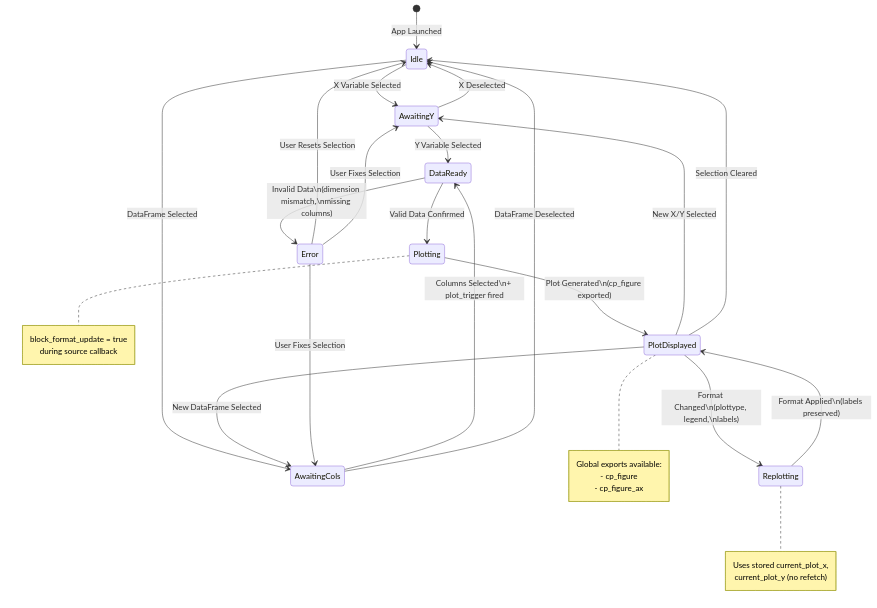
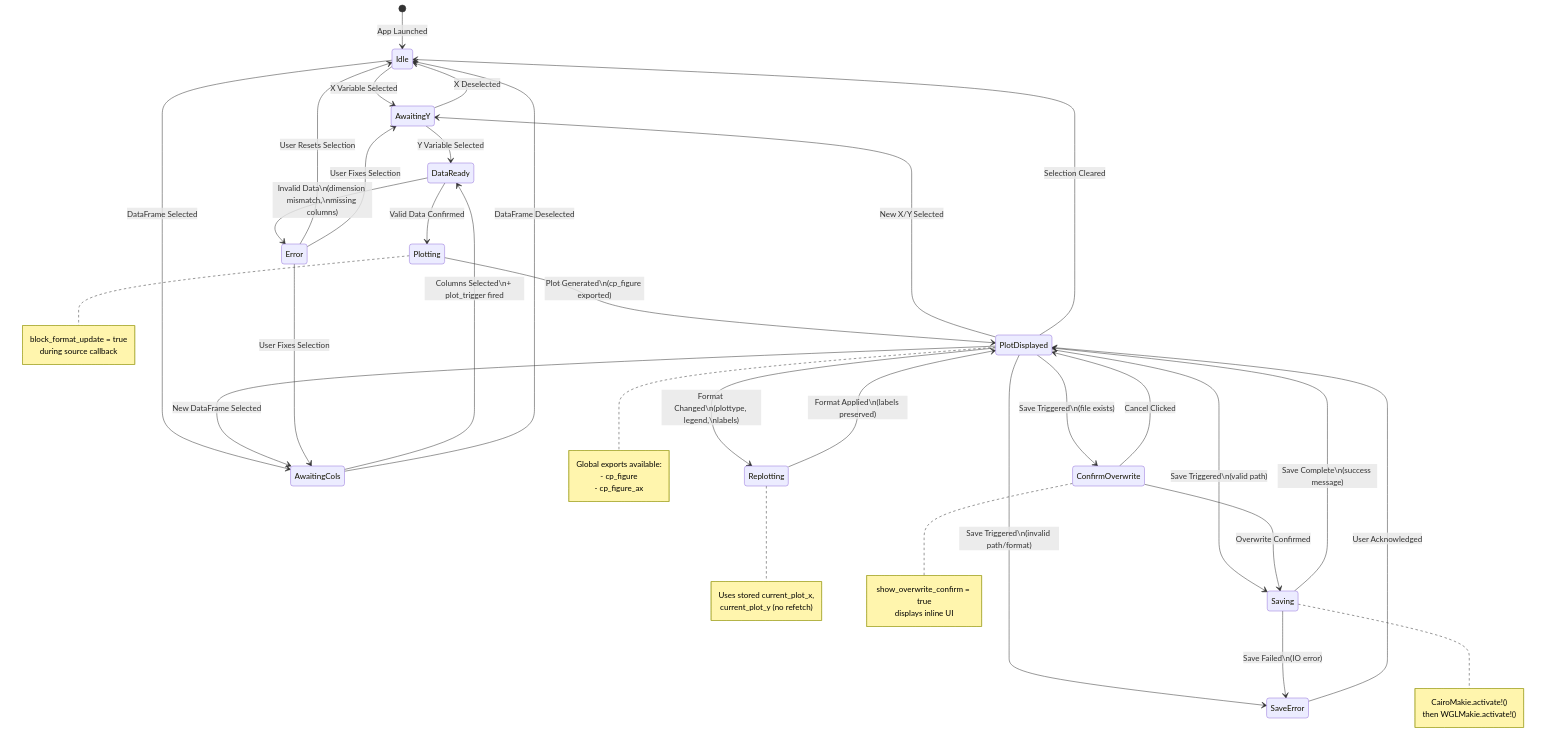
The diagram in AGENTS_more_info/Mermaid/state_transition_map.md (Eben60/CasualPlots.jl), drawn with Mermaid before and after one commit. The commit also changed 6 other files, not shown here.

````diff
--- a/AGENTS_more_info/Mermaid/state_transition_map.md
+++ b/AGENTS_more_info/Mermaid/state_transition_map.md
@@ -5,46 +5,69 @@
 ```mermaid
 stateDiagram-v2
     [*] --> Idle: App Launched
     
     Idle --> AwaitingY: X Variable Selected
     Idle --> AwaitingCols: DataFrame Selected
     
     AwaitingY --> DataReady: Y Variable Selected
     AwaitingY --> Idle: X Deselected
     
     AwaitingCols --> DataReady: Columns Selected\n+ plot_trigger fired
     AwaitingCols --> Idle: DataFrame Deselected
     
     DataReady --> Plotting: Valid Data Confirmed
     DataReady --> Error: Invalid Data\n(dimension mismatch,\nmissing columns)
     
     Plotting --> PlotDisplayed: Plot Generated\n(cp_figure exported)
     
     PlotDisplayed --> Replotting: Format Changed\n(plottype, legend,\nlabels)
     
     Replotting --> PlotDisplayed: Format Applied\n(labels preserved)
     
     PlotDisplayed --> AwaitingY: New X/Y Selected
     PlotDisplayed --> AwaitingCols: New DataFrame Selected
     PlotDisplayed --> Idle: Selection Cleared
     
+    %% Save Flow
+    PlotDisplayed --> Saving: Save Triggered\n(valid path)
+    PlotDisplayed --> SaveError: Save Triggered\n(invalid path/format)
+    PlotDisplayed --> ConfirmOverwrite: Save Triggered\n(file exists)
+    
+    ConfirmOverwrite --> Saving: Overwrite Confirmed
+    ConfirmOverwrite --> PlotDisplayed: Cancel Clicked
+    
+    Saving --> PlotDisplayed: Save Complete\n(success message)
+    Saving --> SaveError: Save Failed\n(IO error)
+    
+    SaveError --> PlotDisplayed: User Acknowledged
+    
     Error --> Idle: User Resets Selection
     Error --> AwaitingY: User Fixes Selection
     Error --> AwaitingCols: User Fixes Selection
     
     note right of Plotting
         block_format_update = true
         during source callback
     end note
     
     note right of Replotting
         Uses stored current_plot_x,
         current_plot_y (no refetch)
     end note
     
     note right of PlotDisplayed
         Global exports available:
         - cp_figure
         - cp_figure_ax
     end note
+    
+    note right of Saving
+        CairoMakie.activate!()
+        then WGLMakie.activate!()
+    end note
+    
+    note right of ConfirmOverwrite
+        show_overwrite_confirm = true
+        displays inline UI
+    end note
 ```
````
